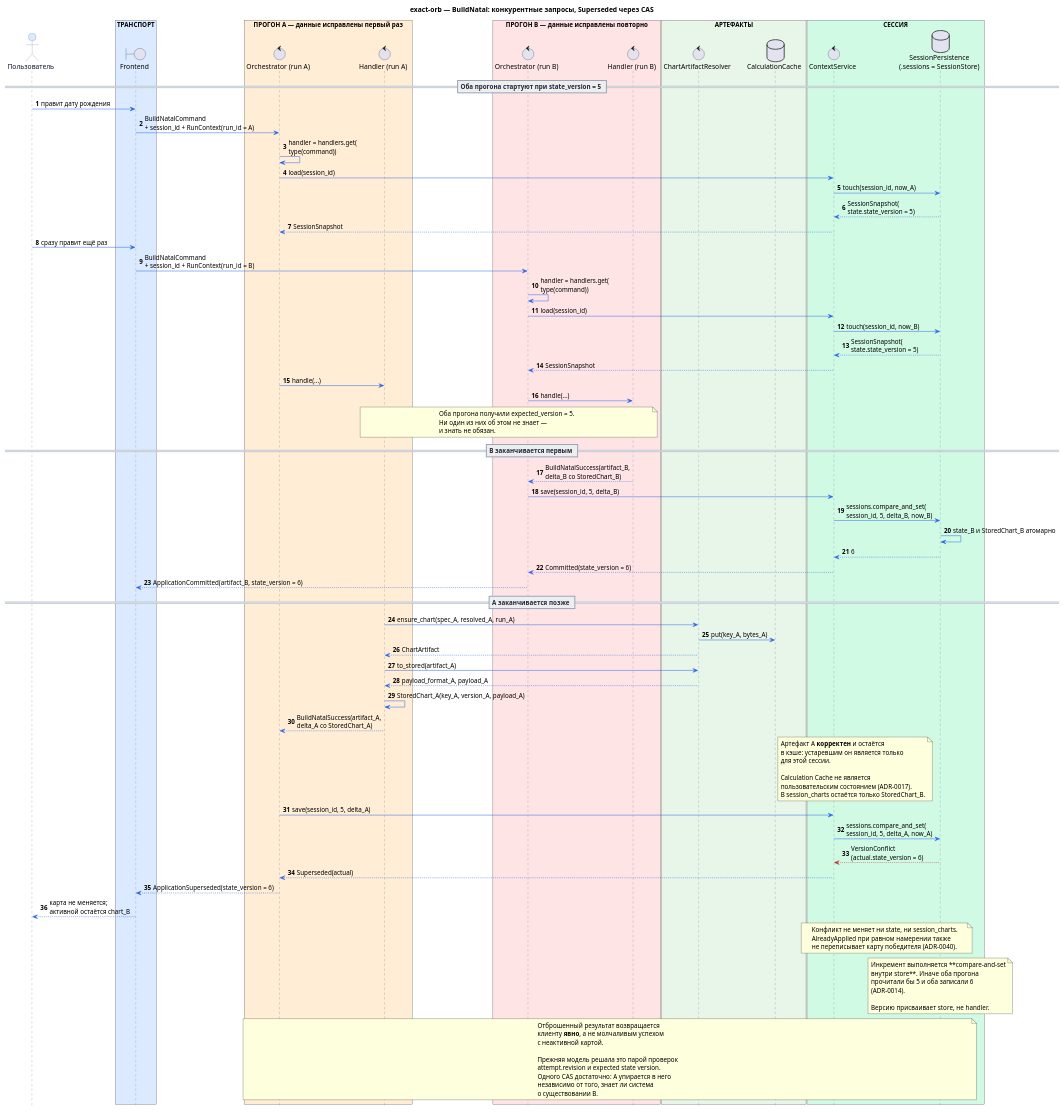
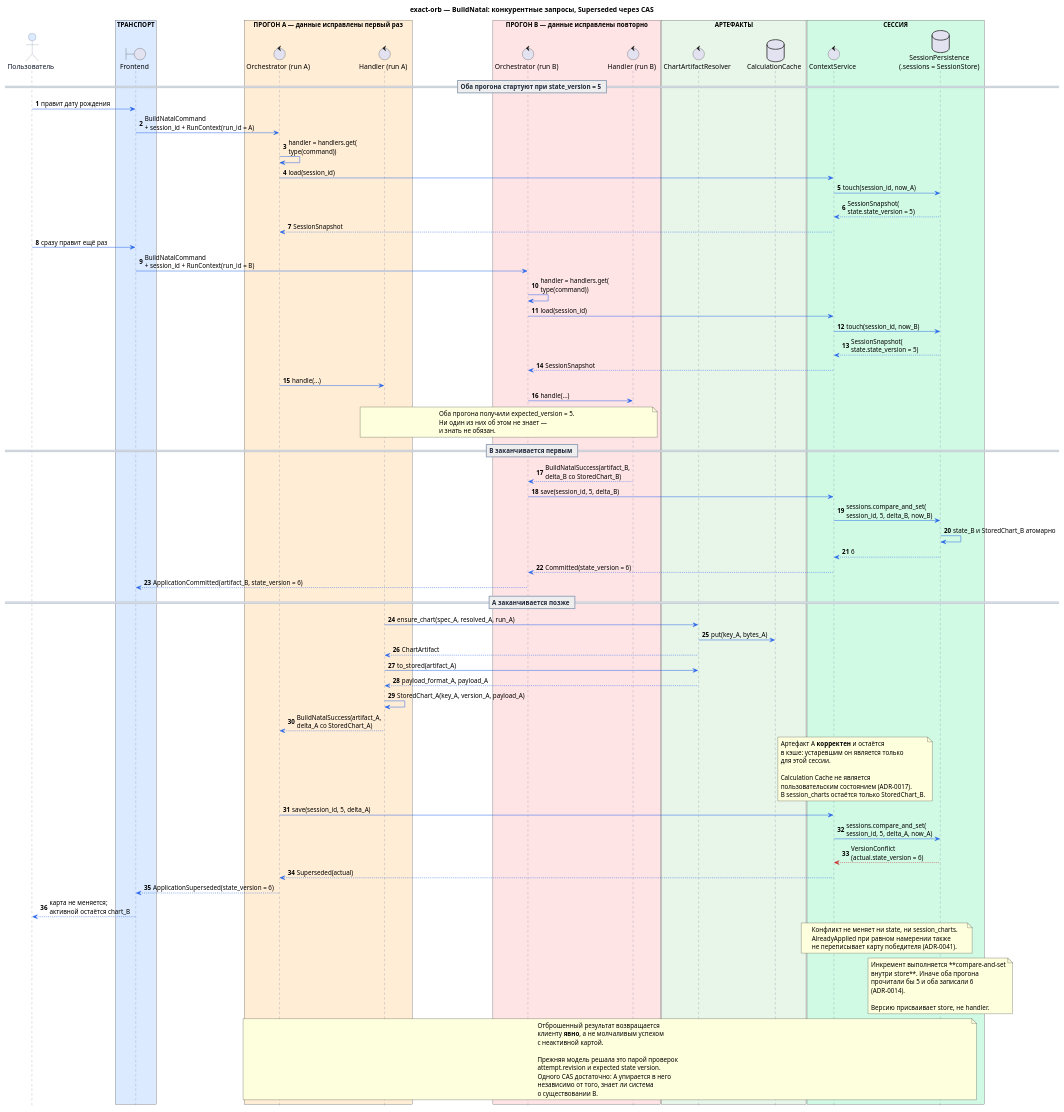
One commit to ksenia-baranova/exact-orb-demo changed the diagram in docs/sequence_diagrams/build_natal/006-build_natal_superseded_cas.puml. Above: the diagram before and after it, drawn with PlantUML. The commit also changed 36 other files, not shown here.

```diff
--- a/docs/sequence_diagrams/build_natal/006-build_natal_superseded_cas.puml
+++ b/docs/sequence_diagrams/build_natal/006-build_natal_superseded_cas.puml
@@ -1,160 +1,160 @@
 @startuml
 title exact-orb — BuildNatal: конкурентные запросы, Superseded через CAS
 
 ' Замена правилу latest accepted build wins из прежней модели.
 ' BuildAttempt и build_revision не используются (ADR-0012).
 
 autonumber
 hide footbox
 
 skinparam shadowing false
 skinparam responseMessageBelowArrow true
 
 skinparam sequence {
     ArrowColor #2563EB
     LifeLineBorderColor #64748B
     LifeLineBackgroundColor #FFFFFF
 
     ParticipantBorderColor #64748B
     ParticipantFontColor #0F172A
     ParticipantBackgroundColor #F8FAFC
 
     ActorBorderColor #64748B
     ActorFontColor #0F172A
     ActorBackgroundColor #DBEAFE
 
     GroupBorderColor #94A3B8
     GroupHeaderFontColor #1E293B
 
     DividerBorderColor #94A3B8
     DividerFontColor #1E293B
 
     NoteBorderColor #94A3B8
     NoteBackgroundColor #FFFBEA
     NoteFontColor #334155
 }
 
 actor "Пользователь" as User
 
 box "ТРАНСПОРТ" #DBEAFE
     boundary "Frontend" as FE
 end box
 
 box "ПРОГОН A — данные исправлены первый раз" #FFEDD5
     control "Orchestrator (run A)" as OrchA
     control "Handler (run A)" as HandlerA
 end box
 
 box "ПРОГОН B — данные исправлены повторно" #FFE4E6
     control "Orchestrator (run B)" as OrchB
     control "Handler (run B)" as HandlerB
 end box
 
 box "АРТЕФАКТЫ" #E8F5E9
     control "ChartArtifactResolver" as Artifacts
     database "CalculationCache" as Cache
 end box
 
 box "СЕССИЯ" #D1FAE5
     control "ContextService" as Context
     database "SessionPersistence\n(.sessions = SessionStore)" as Store
 end box
 
 
 == Оба прогона стартуют при state_version = 5 ==
 
 User -> FE : правит дату рождения
 FE -> OrchA : BuildNatalCommand\n+ session_id + RunContext(run_id = A)
 OrchA -> OrchA : handler = handlers.get(\ntype(command))
 OrchA -> Context : load(session_id)
 Context -> Store : touch(session_id, now_A)
 Store --> Context : SessionSnapshot(\nstate.state_version = 5)
 Context --> OrchA : SessionSnapshot
 
 User -> FE : сразу правит ещё раз
 FE -> OrchB : BuildNatalCommand\n+ session_id + RunContext(run_id = B)
 OrchB -> OrchB : handler = handlers.get(\ntype(command))
 OrchB -> Context : load(session_id)
 Context -> Store : touch(session_id, now_B)
 Store --> Context : SessionSnapshot(\nstate.state_version = 5)
 Context --> OrchB : SessionSnapshot
 
 OrchA -> HandlerA : handle(...)
 OrchB -> HandlerB : handle(...)
 
 note over HandlerA, HandlerB
 Оба прогона получили expected_version = 5.
 Ни один из них об этом не знает —
 и знать не обязан.
 end note
 
 
 == B заканчивается первым ==
 
 HandlerB --> OrchB : BuildNatalSuccess(artifact_B,\ndelta_B со StoredChart_B)
 OrchB -> Context : save(session_id, 5, delta_B)
 Context -> Store : sessions.compare_and_set(\nsession_id, 5, delta_B, now_B)
 Store -> Store : state_B и StoredChart_B атомарно
 Store --> Context : 6
 Context --> OrchB : Committed(state_version = 6)
 OrchB --> FE : ApplicationCommitted(artifact_B, state_version = 6)
 
 
 == A заканчивается позже ==
 
 HandlerA -> Artifacts : ensure_chart(spec_A, resolved_A, run_A)
 Artifacts -> Cache : put(key_A, bytes_A)
 Artifacts --> HandlerA : ChartArtifact
 
 HandlerA -> Artifacts : to_stored(artifact_A)
 Artifacts --> HandlerA : payload_format_A, payload_A
 HandlerA -> HandlerA : StoredChart_A(key_A, version_A, payload_A)
 
 HandlerA --> OrchA : BuildNatalSuccess(artifact_A,\ndelta_A со StoredChart_A)
 
 note right of Cache
 Артефакт A **корректен** и остаётся
 в кэше: устаревшим он является только
 для этой сессии.
 
 Calculation Cache не является
 пользовательским состоянием (ADR-0017).
 В session_charts остаётся только StoredChart_B.
 end note
 
 OrchA -> Context : save(session_id, 5, delta_A)
 Context -> Store : sessions.compare_and_set(\nsession_id, 5, delta_A, now_A)
 Store -[#C62828]-> Context : VersionConflict\n(actual.state_version = 6)
 Context --> OrchA : Superseded(actual)
 
 OrchA --> FE : ApplicationSuperseded(state_version = 6)
 FE --> User : карта не меняется;\nактивной остаётся chart_B
 
 note over Context, Store
 Конфликт не меняет ни state, ни session_charts.
 AlreadyApplied при равном намерении также
-не переписывает карту победителя (ADR-0040).
+не переписывает карту победителя (ADR-0041).
 end note
 
 note over Store
 Инкремент выполняется **compare-and-set
 внутри store**. Иначе оба прогона
 прочитали бы 5 и оба записали 6
 (ADR-0014).
 
 Версию присваивает store, не handler.
 end note
 
 note over OrchA, Store
 Отброшенный результат возвращается
 клиенту **явно**, а не молчаливым успехом
 с неактивной картой.
 
 Прежняя модель решала это парой проверок
 attempt.revision и expected state version.
 Одного CAS достаточно: A упирается в него
 независимо от того, знает ли система
 о существовании B.
 end note
 
 @enduml
```
